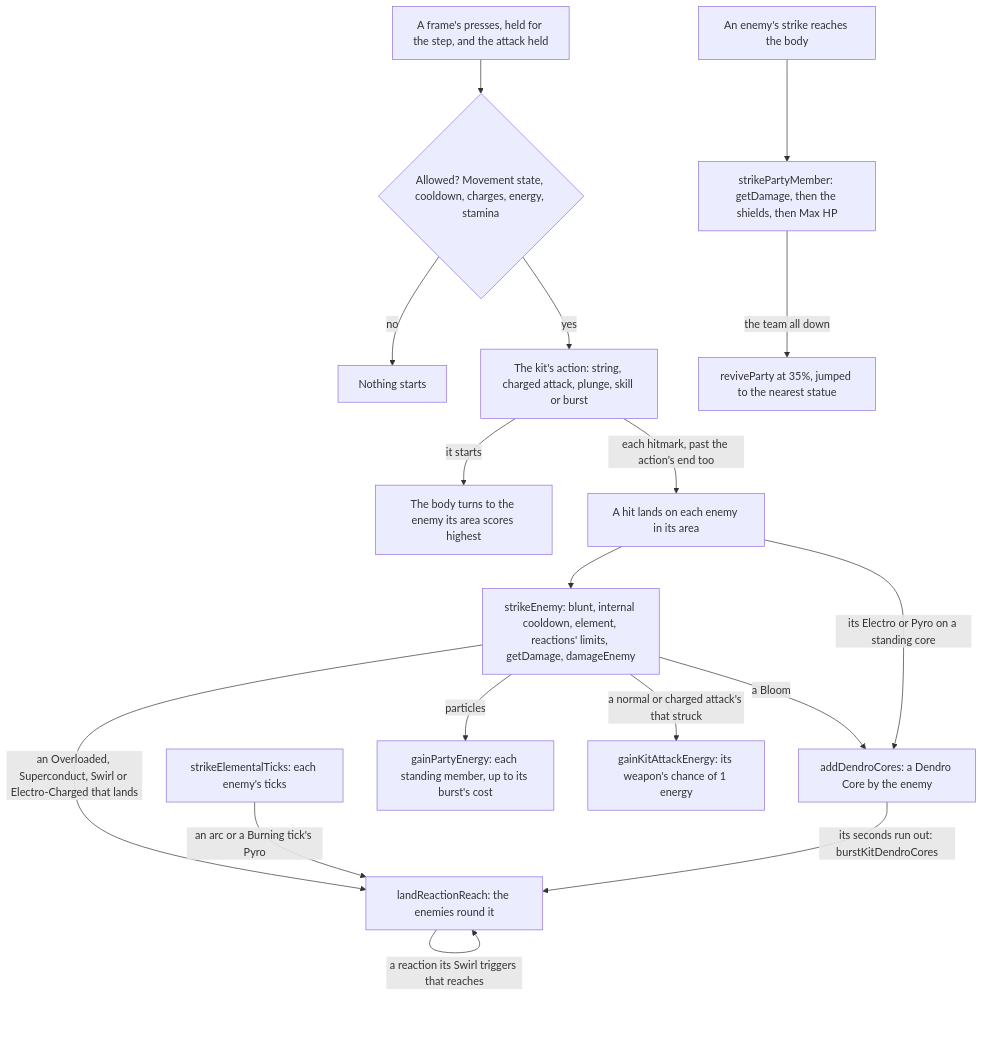
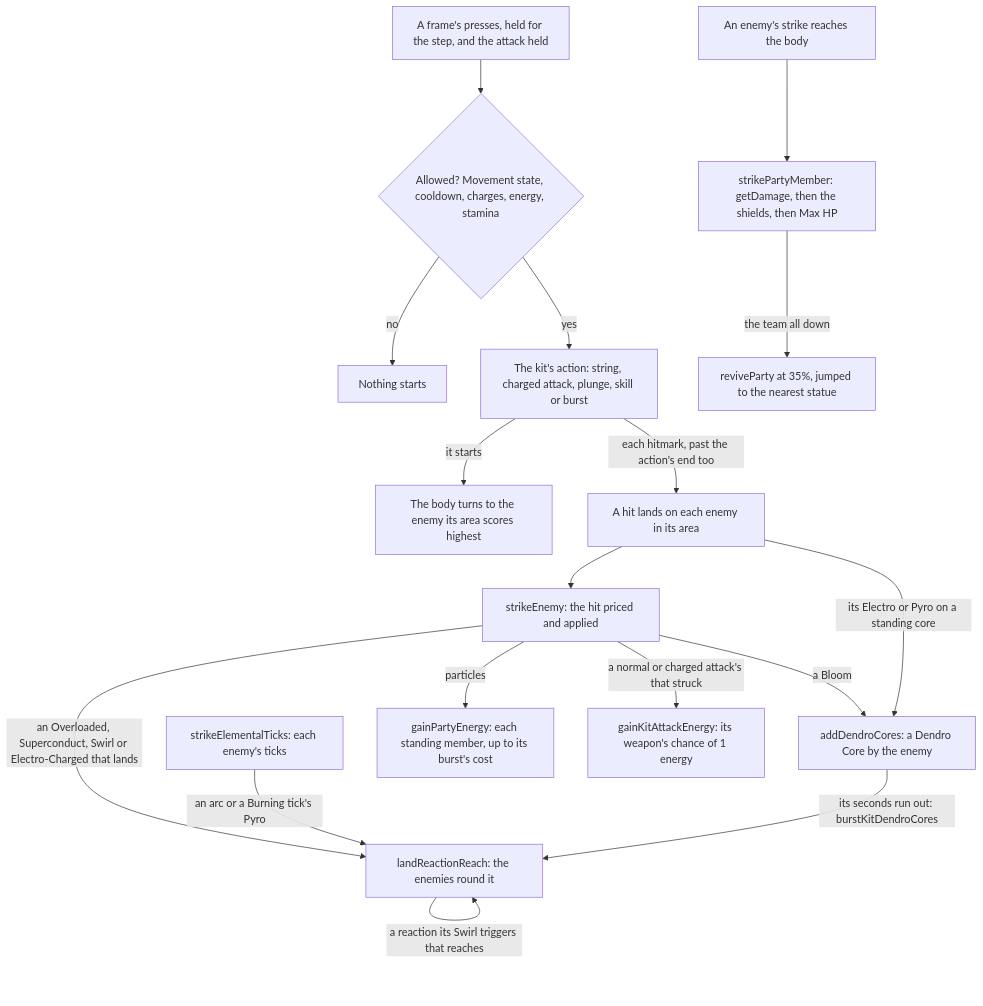
Before and after one commit to Esposter/Esposter: the third of 3 diagrams in openspec/specs/genshin/combat/design.md, drawn with Mermaid. The commit also changed other lines of this file and 12 other files, not shown here.

````diff
--- a/openspec/specs/genshin/combat/design.md
+++ b/openspec/specs/genshin/combat/design.md
@@ -188,19 +188,19 @@
 ```mermaid
 flowchart TD
   PRESS["A frame's presses, held for the step, and the attack held"] --> GATE{"Allowed? Movement state, cooldown, charges, energy, stamina"}
   GATE -->|"no"| IDLE["Nothing starts"]
   GATE -->|"yes"| ACTION["The kit's action: string, charged attack, plunge, skill or burst"]
   ACTION -->|"it starts"| AIM["The body turns to the enemy its area scores highest"]
   ACTION -->|"each hitmark, past the action's end too"| HIT["A hit lands on each enemy in its area"]
-  HIT --> STRIKE["strikeEnemy: blunt, internal cooldown, element, reactions' limits, getDamage, damageEnemy"]
+  HIT --> STRIKE["strikeEnemy: the hit priced and applied"]
   STRIKE -->|"an Overloaded, Superconduct, Swirl or Electro-Charged that lands"| REACH["landReactionReach: the enemies round it"]
   REACH -->|"a reaction its Swirl triggers that reaches"| REACH
   TICKS["strikeElementalTicks: each enemy's ticks"] -->|"an arc or a Burning tick's Pyro"| REACH
   STRIKE -->|"a Bloom"| CORE["addDendroCores: a Dendro Core by the enemy"]
   HIT -->|"its Electro or Pyro on a standing core"| CORE
   CORE -->|"its seconds run out: burstKitDendroCores"| REACH
   STRIKE -->|"particles"| ENERGY["gainPartyEnergy: each standing member, up to its burst's cost"]
   STRIKE -->|"a normal or charged attack's that struck"| ATTACK_ENERGY["gainKitAttackEnergy: its weapon's chance of 1 energy"]
   ENEMY["An enemy's strike reaches the body"] --> HURT["strikePartyMember: getDamage, then the shields, then Max HP"]
   HURT -->|"the team all down"| RESPAWN["reviveParty at 35%, jumped to the nearest statue"]
 ```
````
